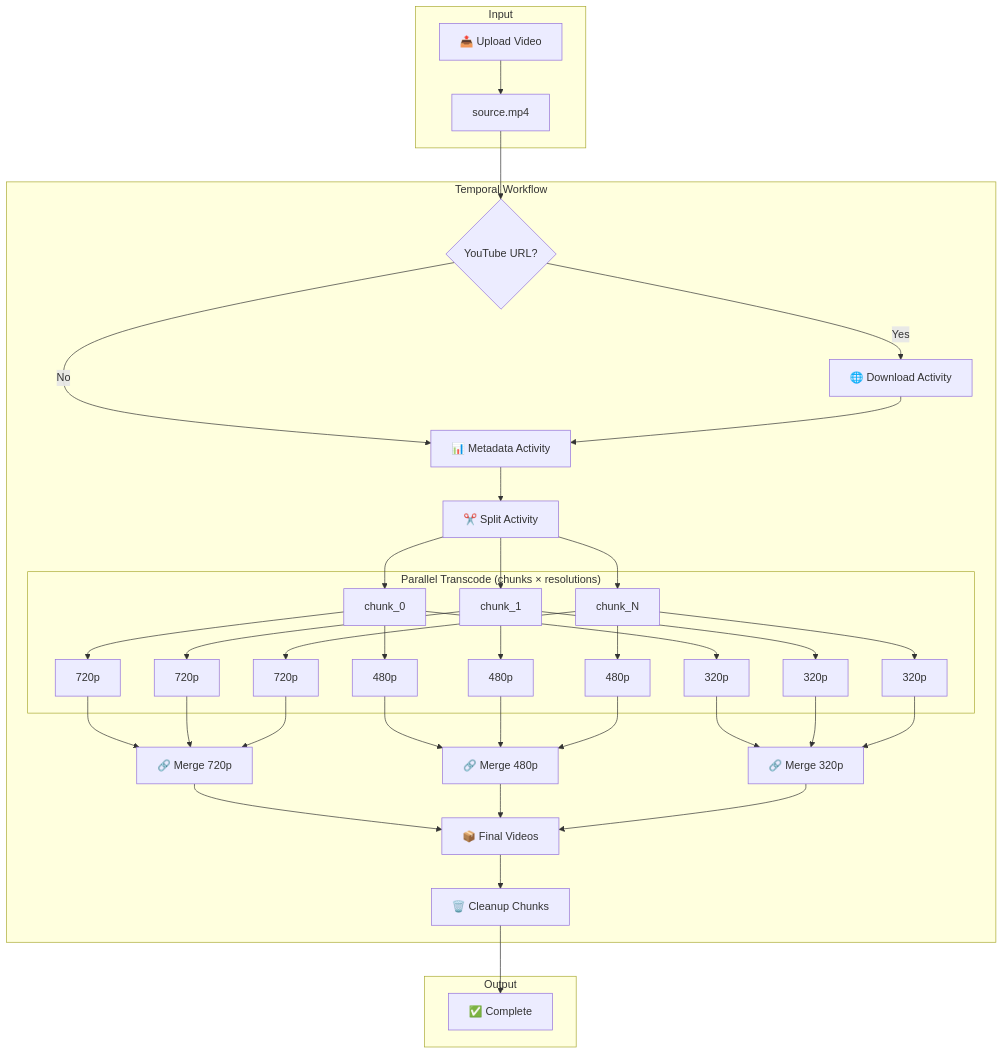
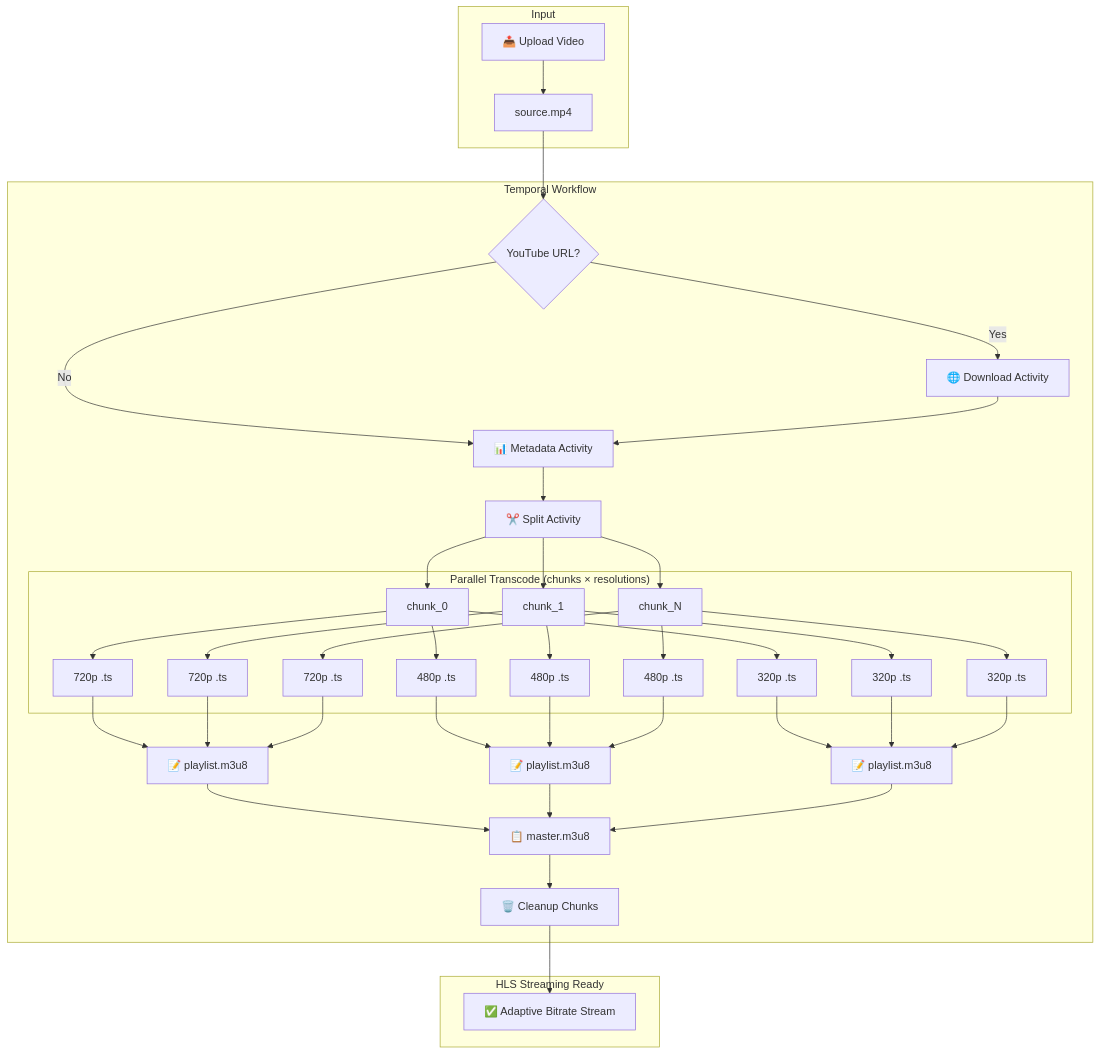
The first of 3 diagrams in youtube/README.md (sathwickreddyy/design), drawn with Mermaid before and after one commit. The commit also changed other lines of this file and 5 other files, not shown here.

First line of the commit message:
feat: Implement multi-step video processing workflow with HLS streaming output

````diff
--- a/youtube/README.md
+++ b/youtube/README.md
@@ -57,38 +78,36 @@
 ```mermaid
 flowchart TD
     subgraph Input
         A[📤 Upload Video] --> B[source.mp4]
     end
 
     subgraph Orchestration["Temporal Workflow"]
         B --> C{YouTube URL?}
         C -->|Yes| D[🌐 Download Activity]
         C -->|No| E[📊 Metadata Activity]
         D --> E
         E --> F[✂️ Split Activity]
         
         F --> G[chunk_0]
         F --> H[chunk_1]
         F --> I[chunk_N]
         
         subgraph Parallel["Parallel Transcode (chunks × resolutions)"]
-            G --> G720[720p] & G480[480p] & G320[320p]
-            H --> H720[720p] & H480[480p] & H320[320p]
-            I --> I720[720p] & I480[480p] & I320[320p]
+            G --> G720[720p .ts] & G480[480p .ts] & G320[320p .ts]
+            H --> H720[720p .ts] & H480[480p .ts] & H320[320p .ts]
+            I --> I720[720p .ts] & I480[480p .ts] & I320[320p .ts]
         end
         
-        G720 & H720 & I720 --> M720[🔗 Merge 720p]
-        G480 & H480 & I480 --> M480[🔗 Merge 480p]
-        G320 & H320 & I320 --> M320[🔗 Merge 320p]
+        G720 & H720 & I720 --> P720[📝 playlist.m3u8]
+        G480 & H480 & I480 --> P480[📝 playlist.m3u8]
+        G320 & H320 & I320 --> P320[📝 playlist.m3u8]
         
-        M720 --> O[📦 Final Videos]
-        M480 --> O
-        M320 --> O
+        P720 & P480 & P320 --> M[📋 master.m3u8]
         
-        O --> CL[🗑️ Cleanup Chunks]
+        M --> CL[🗑️ Cleanup Chunks]
     end
 
-    subgraph Output
-        CL --> Z[✅ Complete]
+    subgraph Output["HLS Streaming Ready"]
+        CL --> Z[✅ Adaptive Bitrate Stream]
     end
 ```
````
